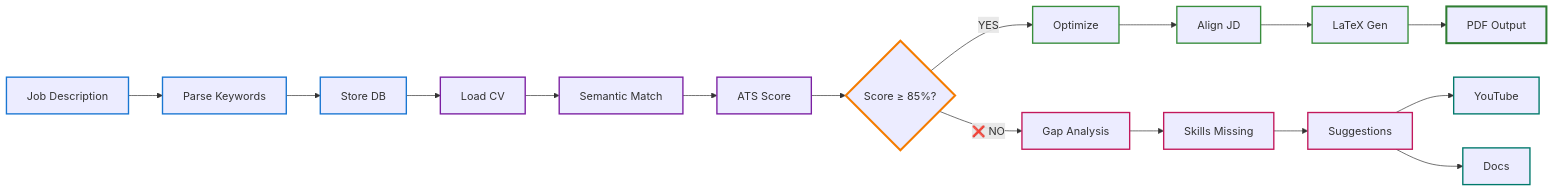
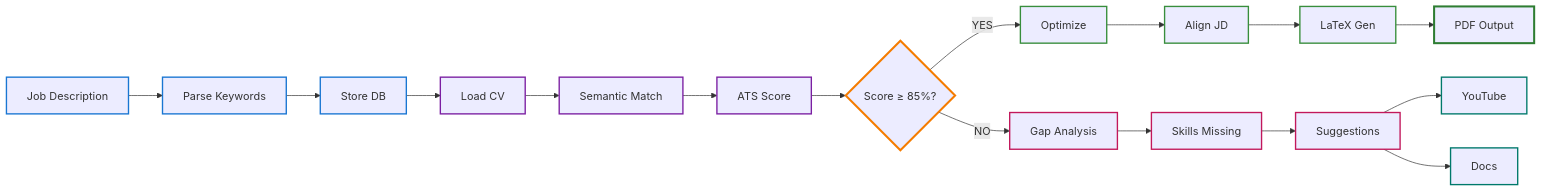
The second of 2 diagrams in README.md (Kaviya242709/Resume-Builder-), drawn with Mermaid before and after one commit.

````diff
--- a/README.md
+++ b/README.md
@@ -58,46 +58,46 @@
 ```mermaid
 graph LR
     A["Job Description"] --> B["Parse Keywords"]
     B --> C["Store DB"]
     C --> D["Load CV"]
     D --> E["Semantic Match"]
     E --> F["ATS Score"]
     
     F --> G{Score ≥ 85%?}
     
     G -->|YES| H["Optimize"]
     H --> I["Align JD"]
     I --> J["LaTeX Gen"]
     J --> K["PDF Output"]
     
-    G -->|❌ NO| L["Gap Analysis"]
+    G -->|NO| L["Gap Analysis"]
     L --> M["Skills Missing"]
     M --> N[" Suggestions"]
     
     N --> O["YouTube"]
     N --> P["Docs"]
     
     
     style A stroke:#1976d2,stroke-width:2px
     style B stroke:#1976d2,stroke-width:2px
     style C stroke:#1976d2,stroke-width:2px
     
     style D stroke:#7b1fa2,stroke-width:2px
     style E stroke:#7b1fa2,stroke-width:2px
     style F stroke:#7b1fa2,stroke-width:2px
     
     style G stroke:#f57c00,stroke-width:3px
     
     style H stroke:#388e3c,stroke-width:2px
     style I stroke:#388e3c,stroke-width:2px
     style J stroke:#388e3c,stroke-width:2px
     style K stroke:#2e7d32,stroke-width:3px
     
     style L stroke:#c2185b,stroke-width:2px
     style M stroke:#c2185b,stroke-width:2px
     style N stroke:#c2185b,stroke-width:2px
     
     style O stroke:#00796b,stroke-width:2px
     style P stroke:#00796b,stroke-width:2px
 
 ```
````
